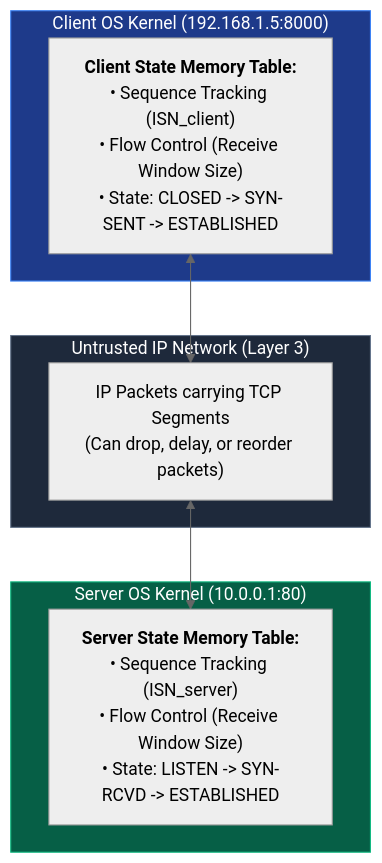
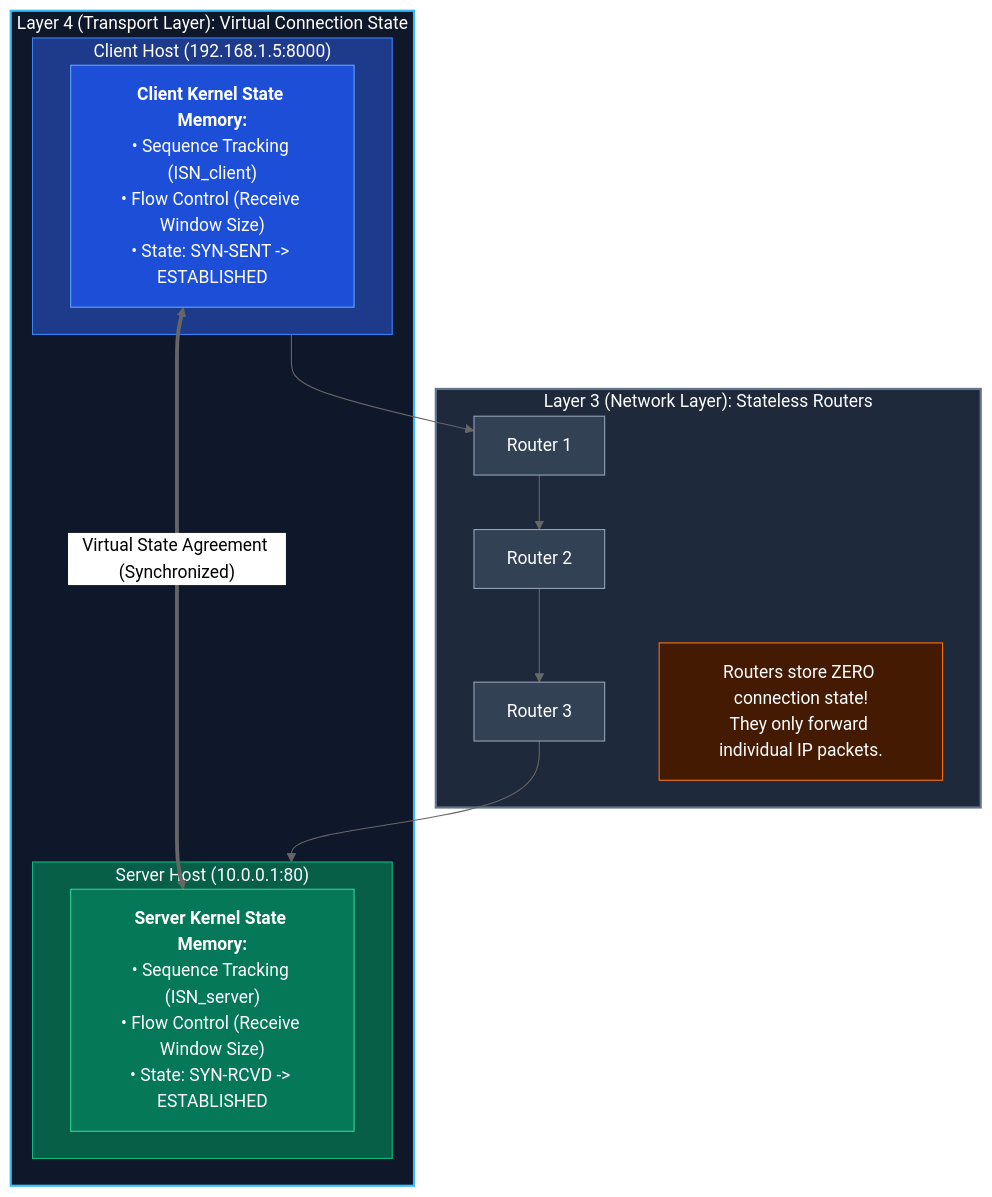
One commit to ayuslharora/blog-ayuslh changed the second of 4 diagrams in content/posts/networking/ch16-tcp-three-way-handshake.mdx. Above: the diagram before and after it, drawn with Mermaid (neutral theme). The commit also changed other lines of this file, not shown here.

Commit message:
Update diagrams in connection requirements section

````diff
--- a/content/posts/networking/ch16-tcp-three-way-handshake.mdx
+++ b/content/posts/networking/ch16-tcp-three-way-handshake.mdx
@@ -30,20 +56,33 @@
 ```mermaid
 flowchart TD
-    subgraph ClientHost ["Client OS Kernel (192.168.1.5:8000)"]
-        ClientState["<b>Client State Memory Table:</b><br/>• Sequence Tracking (ISN_client)<br/>• Flow Control (Receive Window Size)<br/>• State: CLOSED -> SYN-SENT -> ESTABLISHED"]
+    subgraph Layer4_Endpoints ["Layer 4 (Transport Layer): Virtual Connection State"]
+        subgraph Client ["Client Host (192.168.1.5:8000)"]
+            C_Memory["<b>Client Kernel State Memory:</b><br/>• Sequence Tracking (ISN_client)<br/>• Flow Control (Receive Window Size)<br/>• State: SYN-SENT -> ESTABLISHED"]
+        end
+
+        subgraph Server ["Server Host (10.0.0.1:80)"]
+            S_Memory["<b>Server Kernel State Memory:</b><br/>• Sequence Tracking (ISN_server)<br/>• Flow Control (Receive Window Size)<br/>• State: SYN-RCVD -> ESTABLISHED"]
+        end
+
+        C_Memory <== "Virtual State Agreement (Synchronized)" ==> S_Memory
     end
 
-    subgraph UntrustedNetwork ["Untrusted IP Network (Layer 3)"]
-        Wire["IP Packets carrying TCP Segments<br/>(Can drop, delay, or reorder packets)"]
+    subgraph Layer3_Routers ["Layer 3 (Network Layer): Stateless Routers"]
+        R1["Router 1"] --> R2["Router 2"] --> R3["Router 3"]
+        Note_Routers["Routers store ZERO connection state!<br/>They only forward individual IP packets."]
     end
 
-    subgraph ServerHost ["Server OS Kernel (10.0.0.1:80)"]
-        ServerState["<b>Server State Memory Table:</b><br/>• Sequence Tracking (ISN_server)<br/>• Flow Control (Receive Window Size)<br/>• State: LISTEN -> SYN-RCVD -> ESTABLISHED"]
-    end
+    Client --> R1
+    R3 --> Server
 
-    ClientState <--> Wire <--> ServerState
-
-    style ClientHost fill:#1e3a8a,stroke:#3b82f6,color:#fff
-    style UntrustedNetwork fill:#1e293b,stroke:#64748b,color:#fff
-    style ServerHost fill:#065f46,stroke:#10b981,color:#fff
+    style Layer4_Endpoints fill:#0f172a,stroke:#38bdf8,stroke-width:2px,color:#fff
+    style Layer3_Routers fill:#1e293b,stroke:#64748b,stroke-width:2px,color:#fff
+    style Client fill:#1e3a8a,stroke:#3b82f6,color:#fff
+    style Server fill:#065f46,stroke:#10b981,color:#fff
+    style C_Memory fill:#1d4ed8,stroke:#60a5fa,color:#fff
+    style S_Memory fill:#047857,stroke:#34d399,color:#fff
+    style R1 fill:#334155,stroke:#94a3b8,color:#fff
+    style R2 fill:#334155,stroke:#94a3b8,color:#fff
+    style R3 fill:#334155,stroke:#94a3b8,color:#fff
+    style Note_Routers fill:#451a03,stroke:#f97316,color:#fff
 ```
````
